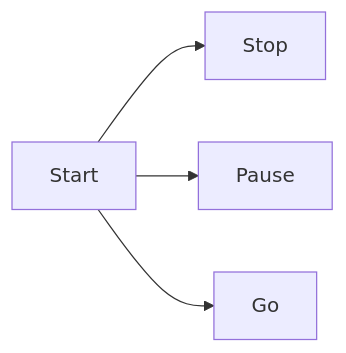
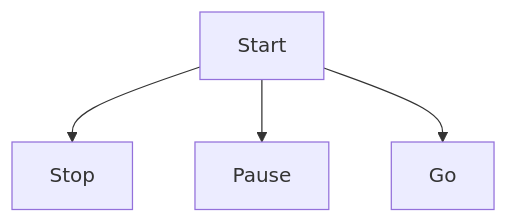
Before and after one commit to upyesp/aas: the first of 2 diagrams in slides/Slides.md, drawn with Mermaid. The commit also changed other lines of this file and 1 other file, not shown here.

```diff
--- a/slides/Slides.md
+++ b/slides/Slides.md
@@ -71,6 +78,6 @@
 <div class="mermaid">
-flowchart LR
+flowchart 
     Start --> Stop
     Start --> Pause
     Start --> Go
 </div>
```
